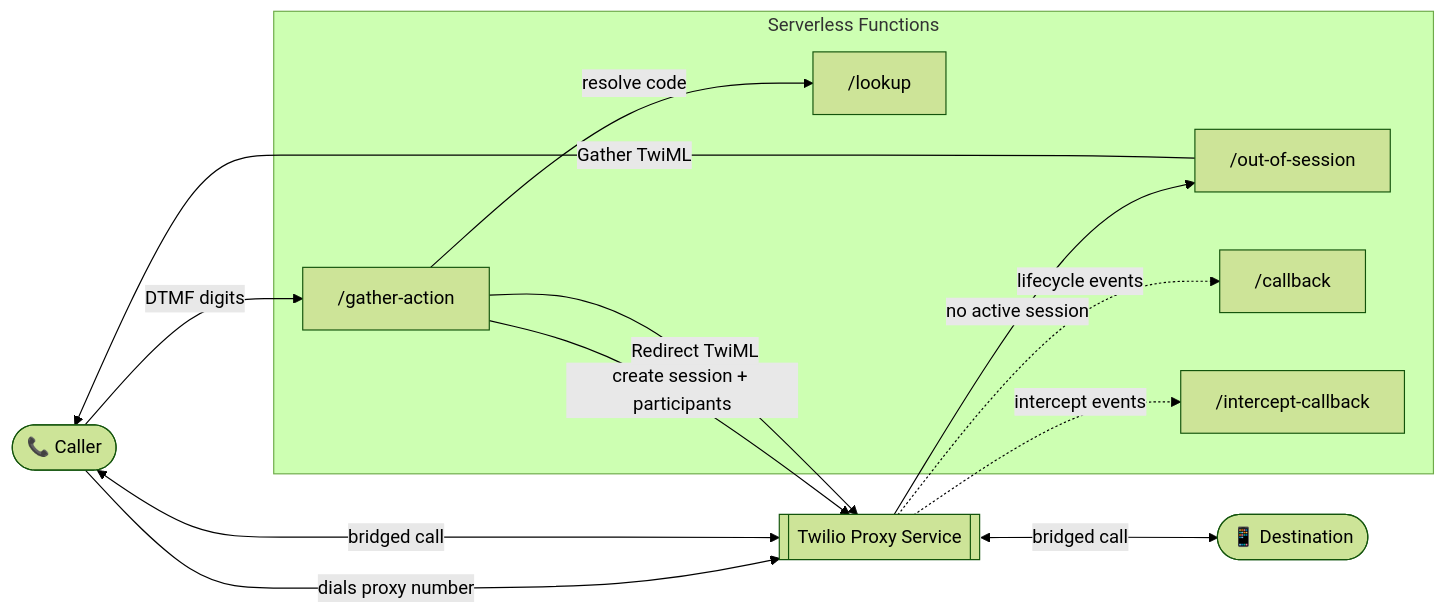
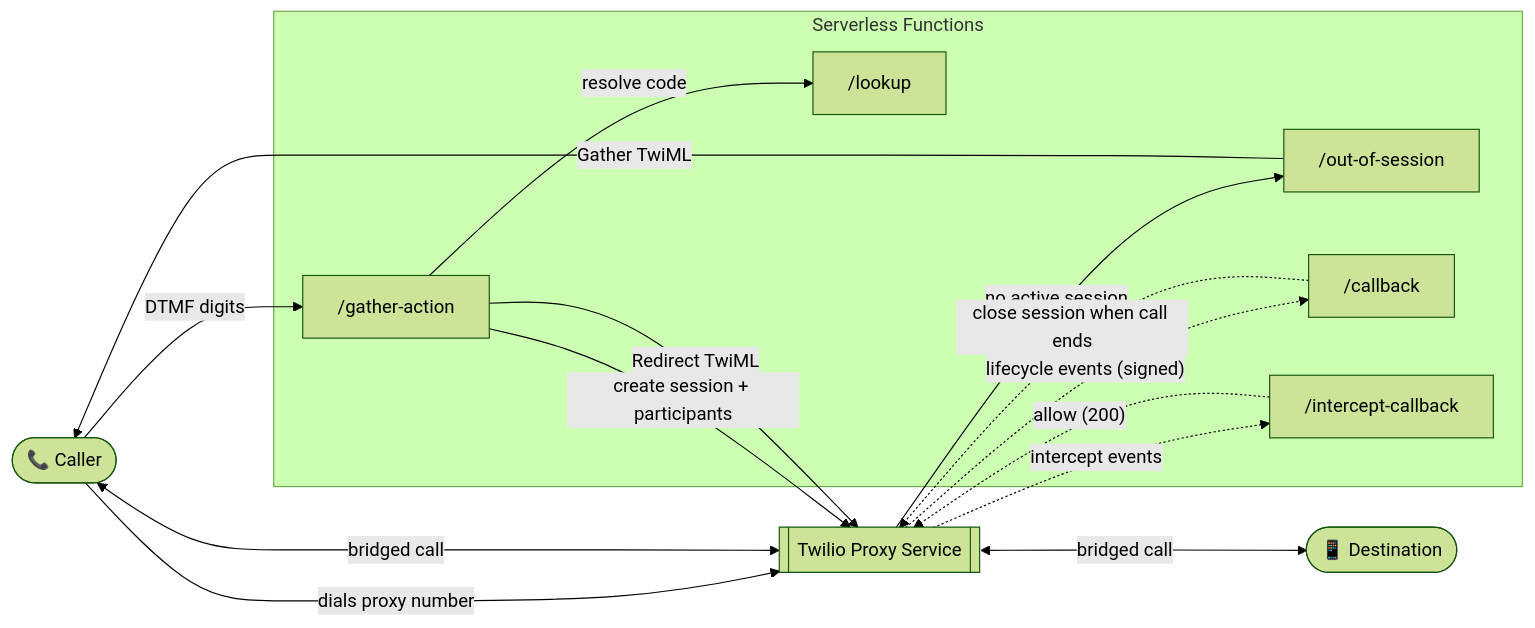
The first of 3 diagrams in README.md (leroychan/twilio-proxy-single-participant-workflow), drawn with Mermaid (forest theme) before and after one commit. The commit also changed other lines of this file, not shown here.

First line of the commit message:
docs: update flow diagrams for signed callback + session auto-close

````diff
--- a/README.md
+++ b/README.md
@@ -31,26 +31,28 @@
 ```mermaid
 flowchart LR
     Caller([📞 Caller])
     Proxy[[Twilio Proxy Service]]
     Dest([📱 Destination])
 
     subgraph Functions["Serverless Functions"]
         OOS["/out-of-session"]
         GA["/gather-action"]
         LK["/lookup"]
         CB["/callback"]
         ICB["/intercept-callback"]
     end
 
     Caller -->|dials proxy number| Proxy
     Proxy -->|no active session| OOS
     OOS -->|Gather TwiML| Caller
     Caller -->|DTMF digits| GA
     GA -->|resolve code| LK
     GA -->|create session + participants| Proxy
     GA -->|Redirect TwiML| Proxy
     Proxy <-->|bridged call| Caller
     Proxy <-->|bridged call| Dest
-    Proxy -.lifecycle events.-> CB
-    Proxy -.intercept events.-> ICB
+    Proxy -. "lifecycle events (signed)" .-> CB
+    CB -. "close session when call ends" .-> Proxy
+    Proxy -. "intercept events" .-> ICB
+    ICB -. "allow (200)" .-> Proxy
 ```
````
